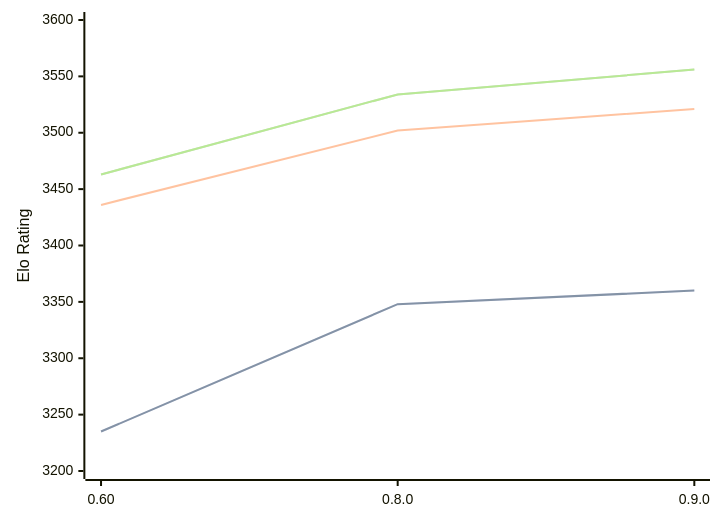
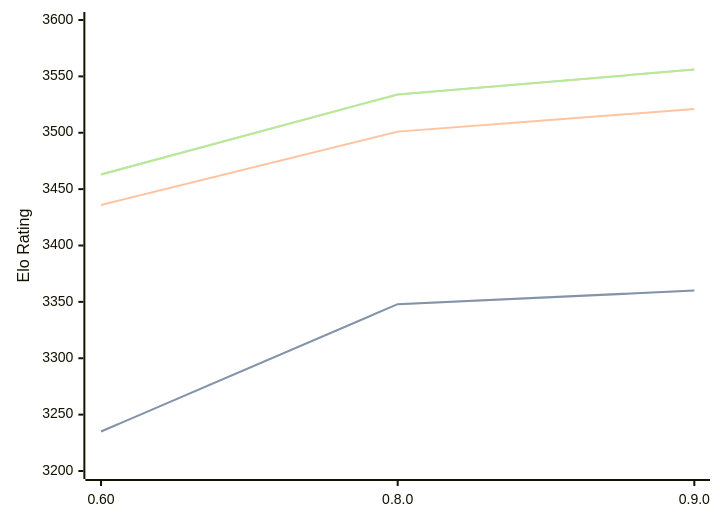
Before and after one commit to computer-chess-index/cci: the diagram in engines/Motor.md, drawn with Mermaid. The commit also changed other lines of this file, not shown here.

````diff
--- a/engines/Motor.md
+++ b/engines/Motor.md
@@ -37,11 +39,11 @@
 ```mermaid
 %%{init: {"theme":"base","themeVariables":{"seriesColors:['#a3a3a3','#222221','#faa371']}}}%%
 xychart-beta
   x-axis ["0.60", "0.8.0", "0.9.0"]
   y-axis "Elo Rating" 3200 --> 3600
   line "STC (8.0+0.08s)" [3235, 3348, 3360]
   line "STC (8.0+0.08s)" [3235, 3348, 3360]
-  line "LTC (60.0+0.60s)" [3436, 3502, 3521]
+  line "LTC (60.0+0.60s)" [3436, 3501, 3521]
   line "VLTC (2m24s+1.12s)" [3463, 3534, 3556]
   line "VLTC (2m24s+1.12s)" [3463, 3534, 3556]
 ```
````
